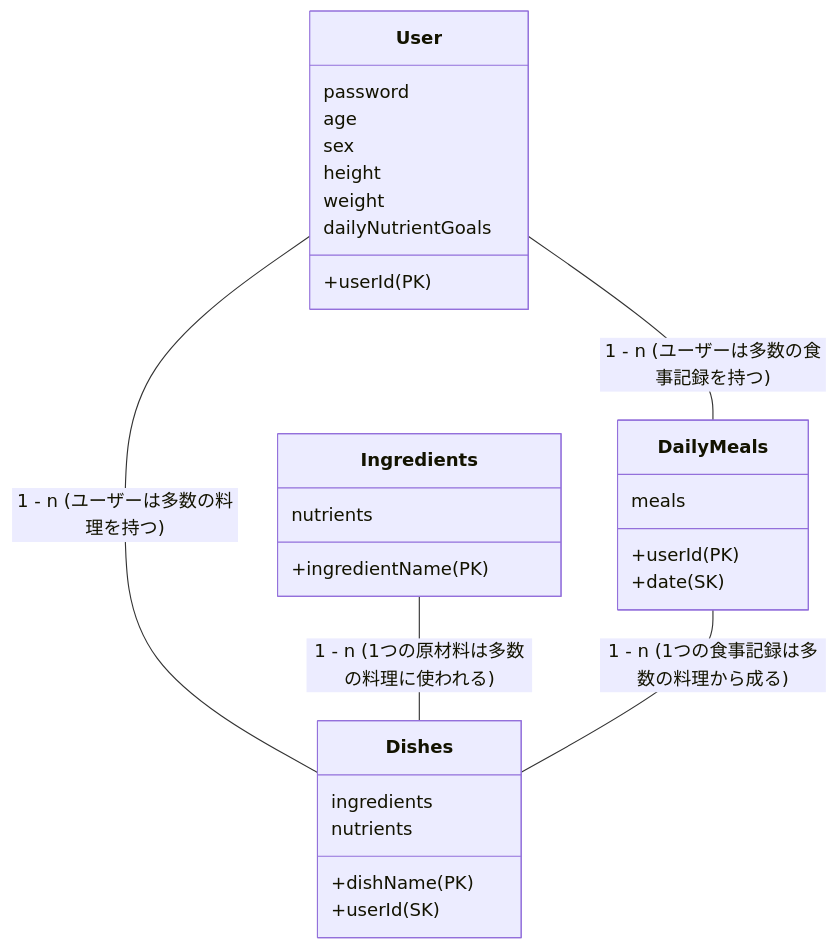
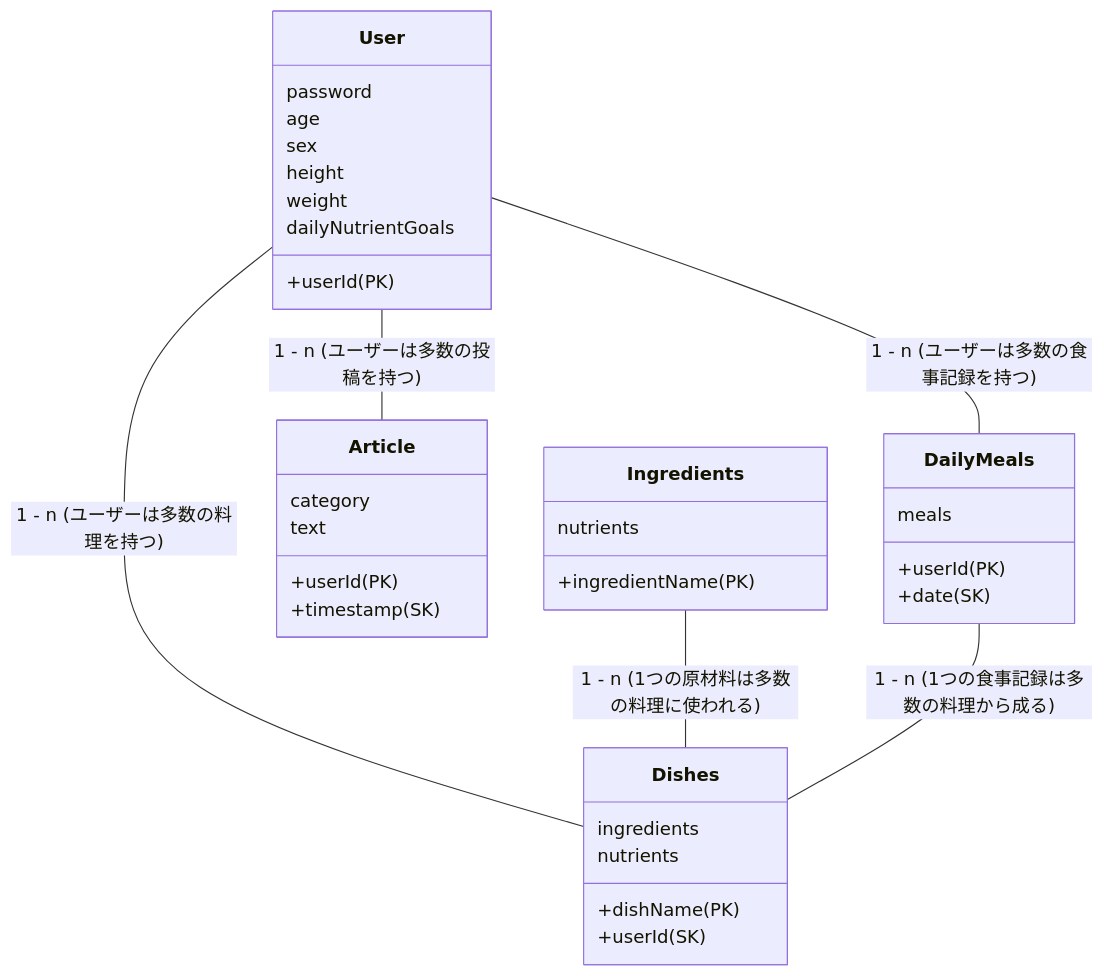
The diagram in README.md (taichi-126/mti-inter), drawn with Mermaid before and after one commit. The commit also changed other lines of this file, not shown here.

````diff
--- a/README.md
+++ b/README.md
@@ -35,36 +42,44 @@
 ```mermaid
 classDiagram
     User -- DailyMeals : 1 - n (ユーザーは多数の食事記録を持つ)
+    User -- Article : 1 - n (ユーザーは多数の投稿を持つ)
     User -- Dishes : 1 - n (ユーザーは多数の料理を持つ)
     Ingredients -- Dishes : 1 - n (1つの原材料は多数の料理に使われる)
     DailyMeals -- Dishes : 1 - n (1つの食事記録は多数の料理から成る)
 
     class User {
         +userId (PK)
         password
         age
         sex
         height
 　　　　　　　　　　　　　　　　weight
         dailyNutrientGoals
+    }
+
+    class Article {
+       +userId(PK)
+       +timestamp(SK)
+       category
+       text
     }
 
     class Dishes {
         +dishName (PK)
         +userId (SK)
         ingredients
         nutrients
     }
 
     class DailyMeals {
         +userId (PK)
         +date (SK)
         meals 
     }
 
     class Ingredients {
         +ingredientName (PK)
         nutrients
     }
 
 ```
````
